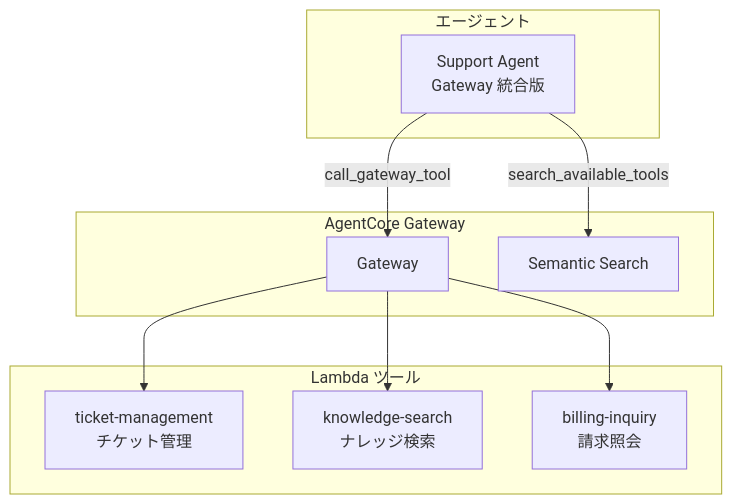
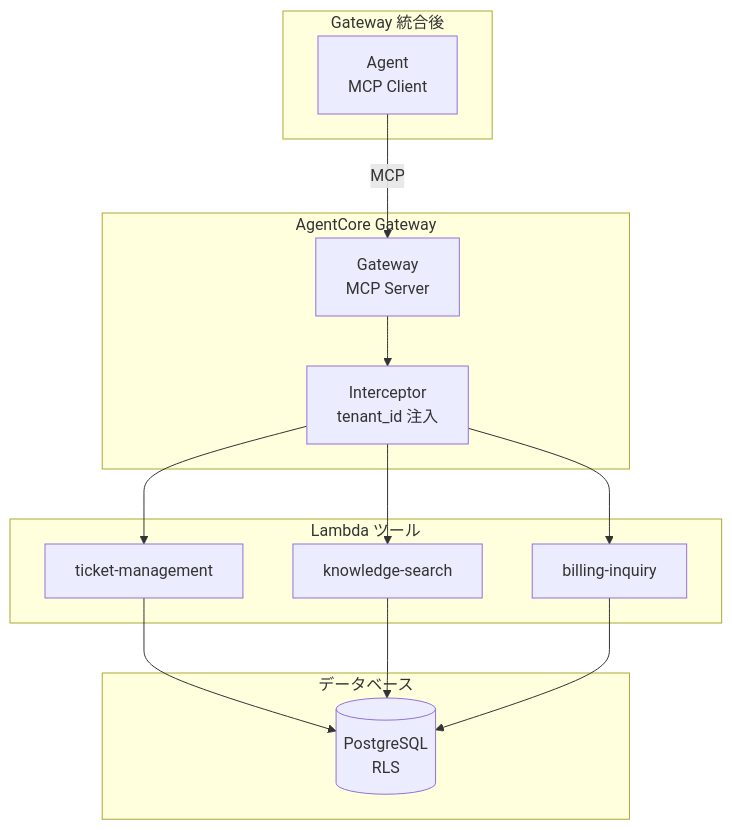
The fourth of 5 diagrams in docs/03-gateway-tools.md (yaggytter/agentcore-multi-tenant-handson), drawn with Mermaid before and after one commit. The commit also changed other lines of this file and 49 other files, not shown here.

````diff
--- a/docs/03-gateway-tools.md
+++ b/docs/03-gateway-tools.md
@@ -1157,23 +432,30 @@
 ```mermaid
 graph TB
-    subgraph "エージェント"
-        AG[Support Agent<br/>Gateway 統合版]
+    subgraph "Gateway 統合後"
+        AG2[Agent<br/>MCP Client]
     end
 
     subgraph "AgentCore Gateway"
-        GW[Gateway]
-        SS[Semantic Search]
+        GW[Gateway<br/>MCP Server]
+        INT[Interceptor<br/>tenant_id 注入]
     end
 
     subgraph "Lambda ツール"
-        TM[ticket-management<br/>チケット管理]
-        KS[knowledge-search<br/>ナレッジ検索]
-        BI[billing-inquiry<br/>請求照会]
+        TM[ticket-management]
+        KS[knowledge-search]
+        BI[billing-inquiry]
     end
 
-    AG -->|search_available_tools| SS
-    AG -->|call_gateway_tool| GW
-    GW --> TM
-    GW --> KS
-    GW --> BI
+    subgraph "データベース"
+        DB[(PostgreSQL<br/>RLS)]
+    end
+
+    AG2 -->|MCP| GW
+    GW --> INT
+    INT --> TM
+    INT --> KS
+    INT --> BI
+    TM --> DB
+    KS --> DB
+    BI --> DB
 ```
````
